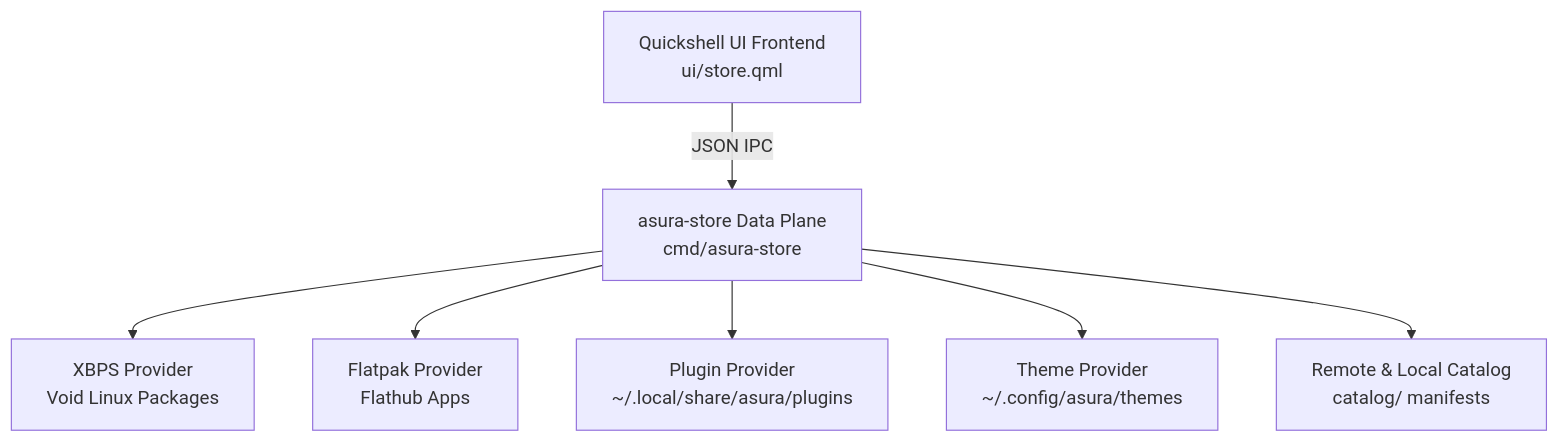
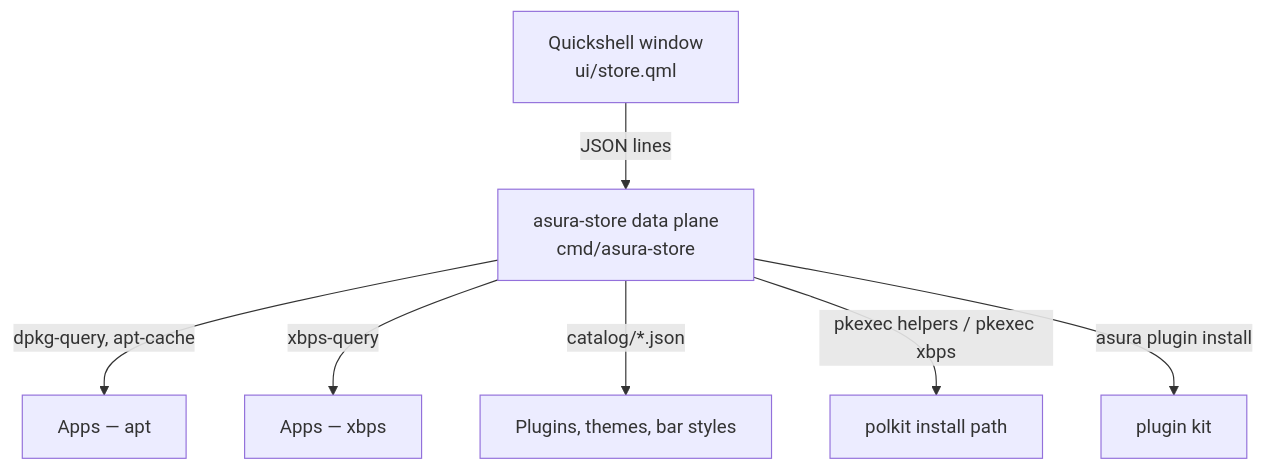
The diagram in README.md (ASURA-OS/asura-store), drawn with Mermaid before and after one commit. The commit also changed other lines of this file and 3 other files, not shown here.

````diff
--- a/README.md
+++ b/README.md
@@ -18,9 +32,9 @@
 ```mermaid
 flowchart TD
-    UI[Quickshell UI Frontend\nui/store.qml] -->|JSON IPC| CLI[asura-store Data Plane\ncmd/asura-store]
-    CLI --> XBPS[XBPS Provider\nVoid Linux Packages]
-    CLI --> FLATPAK[Flatpak Provider\nFlathub Apps]
-    CLI --> PLUGINS[Plugin Provider\n~/.local/share/asura/plugins]
-    CLI --> THEMES[Theme Provider\n~/.config/asura/themes]
-    CLI --> CAT[Remote & Local Catalog\ncatalog/ manifests]
+    W[Quickshell window<br>ui/store.qml] -->|JSON lines| C[asura-store data plane<br>cmd/asura-store]
+    C -->|dpkg-query, apt-cache| APT[Apps — apt]
+    C -->|xbps-query| XBPS[Apps — xbps]
+    C -->|catalog/*.json| PJ[Plugins, themes, bar styles]
+    C -->|pkexec helpers / pkexec xbps| PKG[polkit install path]
+    C -->|asura plugin install| PLG[plugin kit]
 ```
````
